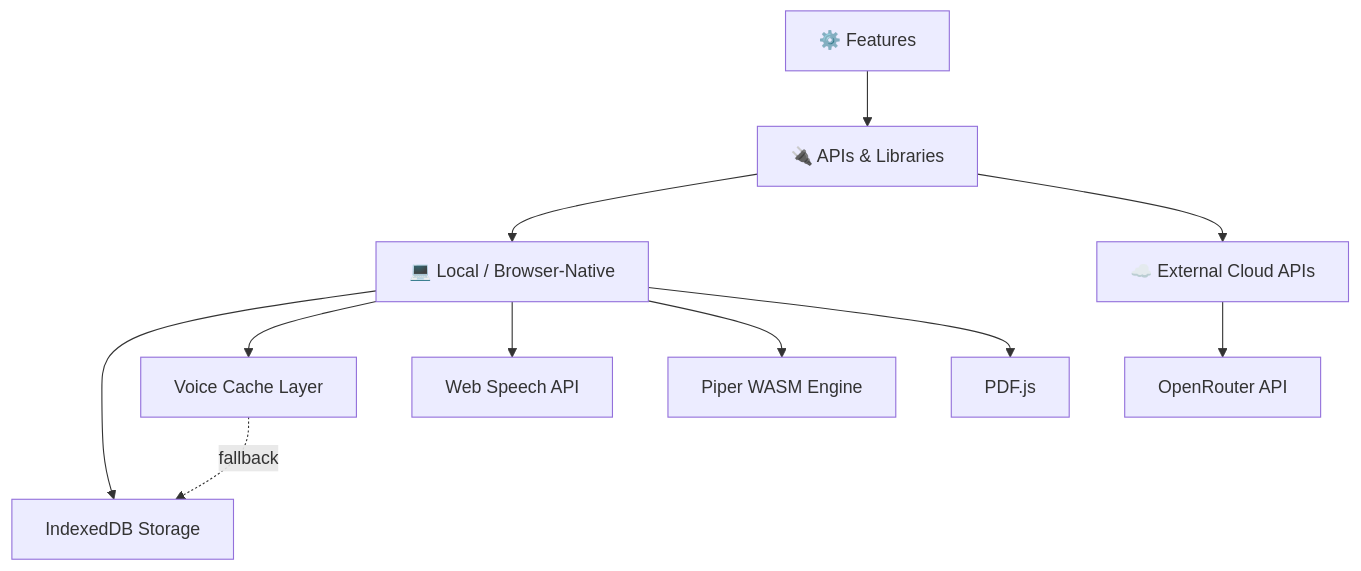
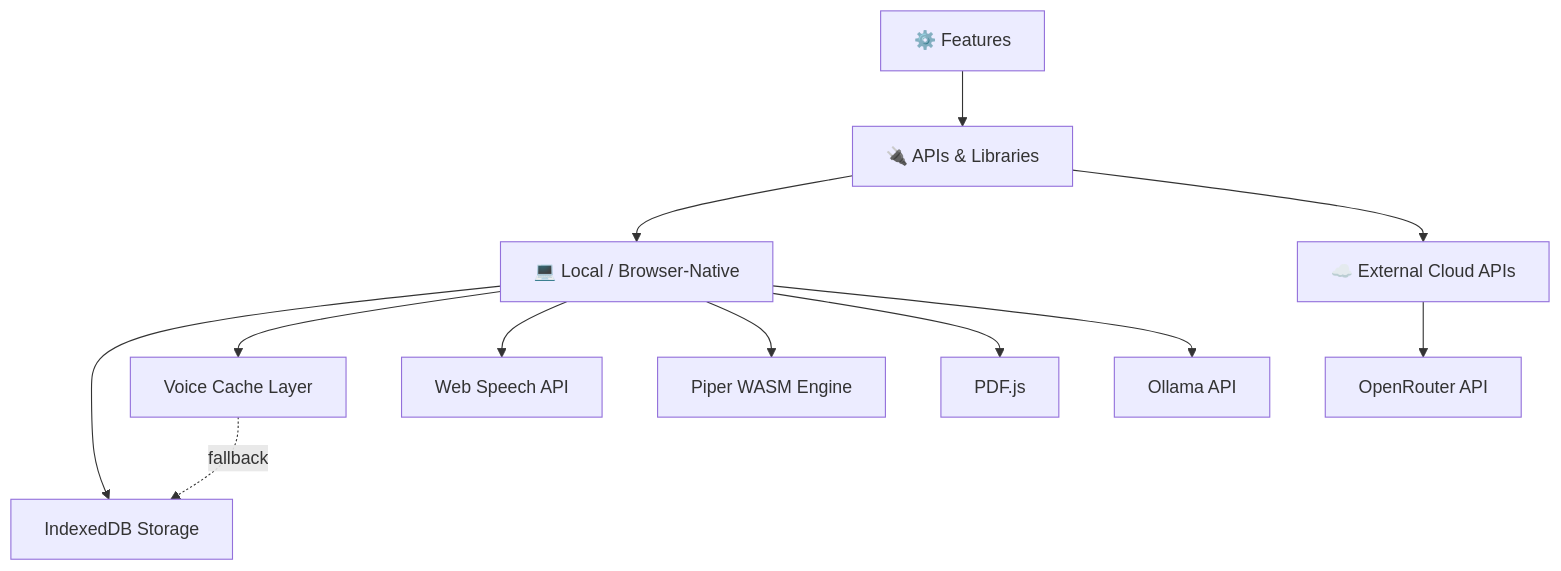
One commit to CyberBanjara/doclens-ai changed the diagram in documentation/APIs/MOC — APIs.md. Above: the diagram before and after it, drawn with Mermaid. The commit also changed other lines of this file and 30 other files, not shown here.

````diff
--- a/documentation/APIs/MOC — APIs.md
+++ b/documentation/APIs/MOC — APIs.md
@@ -22,16 +23,17 @@
 ```mermaid
 graph TD
     Features[⚙️ Features] --> APIs[🔌 APIs & Libraries]
     APIs --> Local[💻 Local / Browser-Native]
     APIs --> Cloud[☁️ External Cloud APIs]
 
     Local --> IDB[IndexedDB Storage]
     Local --> VoiceCache[Voice Cache Layer]
     Local --> WS[Web Speech API]
     Local --> Piper[Piper WASM Engine]
     Local --> PDFJS[PDF.js]
+    Local --> Ollama[Ollama API]
 
     Cloud --> OR[OpenRouter API]
 
     VoiceCache -.->|fallback| IDB
 ```
````
